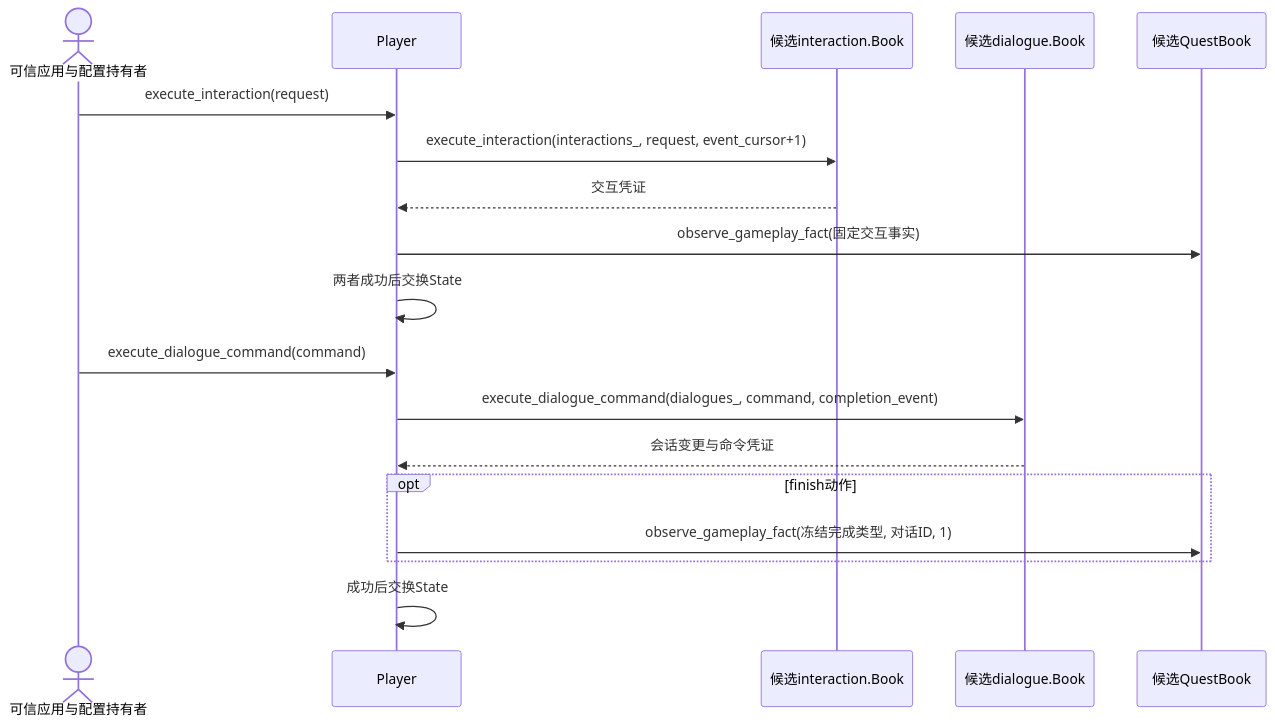
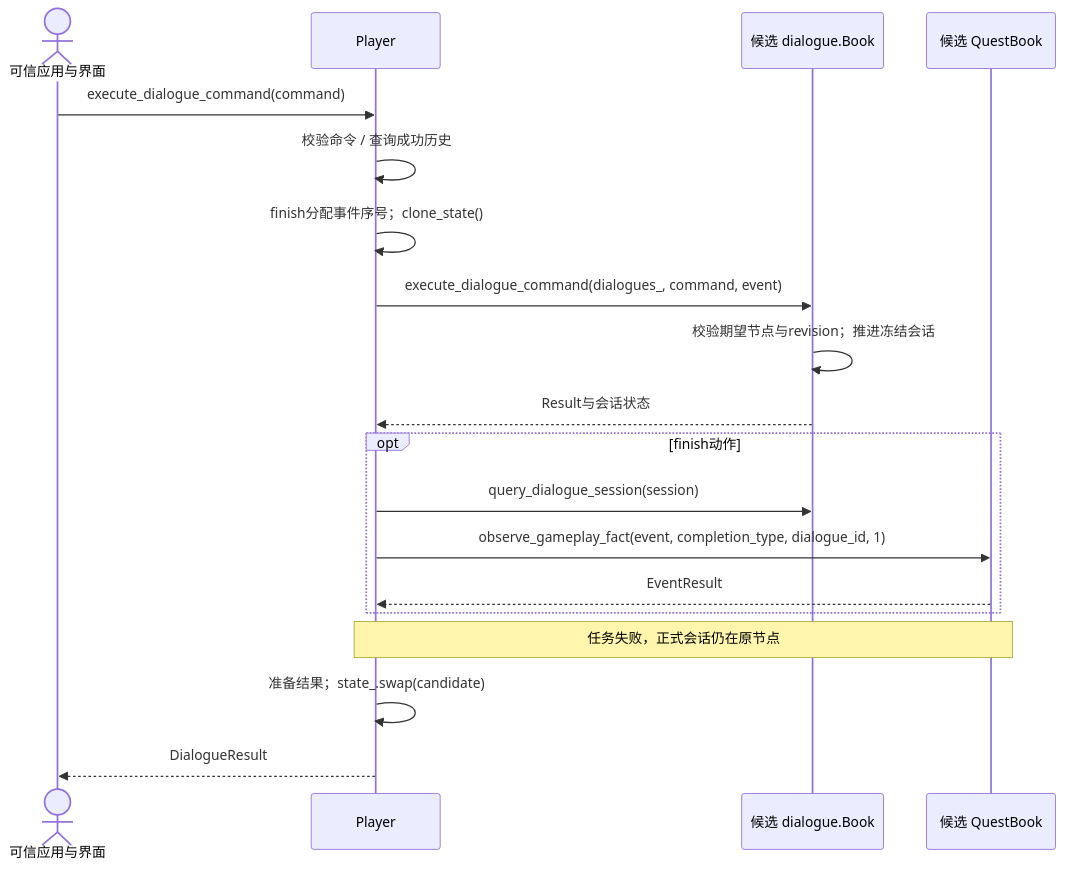
One commit to Cheems-life/game-systems-toolkit changed the eighth of 8 diagrams in docs/architecture-details.md. Above: the diagram before and after it, drawn with Mermaid. The commit also changed other lines of this file and 2 other files, not shown here.

Commit message:
docs: redraw architecture diagrams for current player state

````diff
--- a/docs/architecture-details.md
+++ b/docs/architecture-details.md
@@ -361,20 +428,21 @@
 ```mermaid
 sequenceDiagram
-    actor App as 可信应用与配置持有者
+    actor App as 可信应用与界面
     participant P as Player
-    participant IB as 候选interaction.Book
-    participant DB as 候选dialogue.Book
-    participant Q as 候选QuestBook
-    App->>P: execute_interaction(request)
-    P->>IB: execute_interaction(interactions_, request, event_cursor+1)
-    IB-->>P: 交互凭证
-    P->>Q: observe_gameplay_fact(固定交互事实)
-    P->>P: 两者成功后交换State
+    participant B as 候选 dialogue.Book
+    participant Q as 候选 QuestBook
     App->>P: execute_dialogue_command(command)
-    P->>DB: execute_dialogue_command(dialogues_, command, completion_event)
-    DB-->>P: 会话变更与命令凭证
+    P->>P: 校验命令 / 查询成功历史
+    P->>P: finish分配事件序号；clone_state()
+    P->>B: execute_dialogue_command(dialogues_, command, event)
+    B->>B: 校验期望节点与revision；推进冻结会话
+    B-->>P: Result与会话状态
     opt finish动作
-        P->>Q: observe_gameplay_fact(冻结完成类型, 对话ID, 1)
+        P->>B: query_dialogue_session(session)
+        P->>Q: observe_gameplay_fact(event, completion_type, dialogue_id, 1)
+        Q-->>P: EventResult
     end
-    P->>P: 成功后交换State
+    Note over P,Q: 任务失败，正式会话仍在原节点
+    P->>P: 准备结果；state_.swap(candidate)
+    P-->>App: DialogueResult
 ```
````
